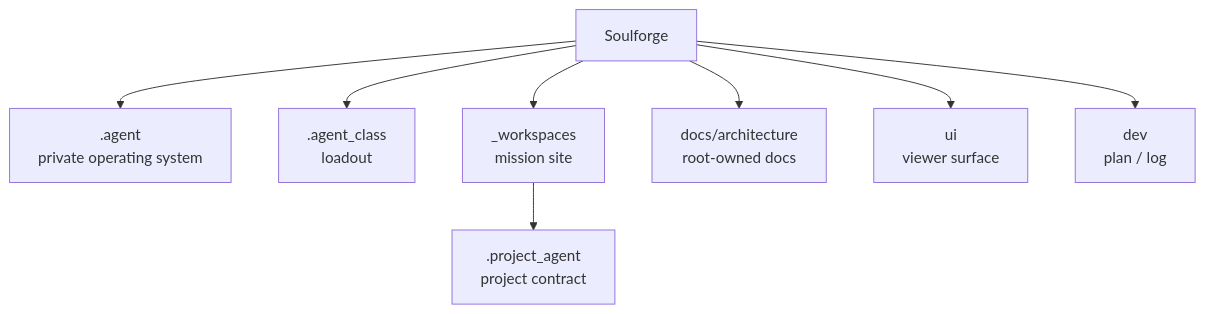
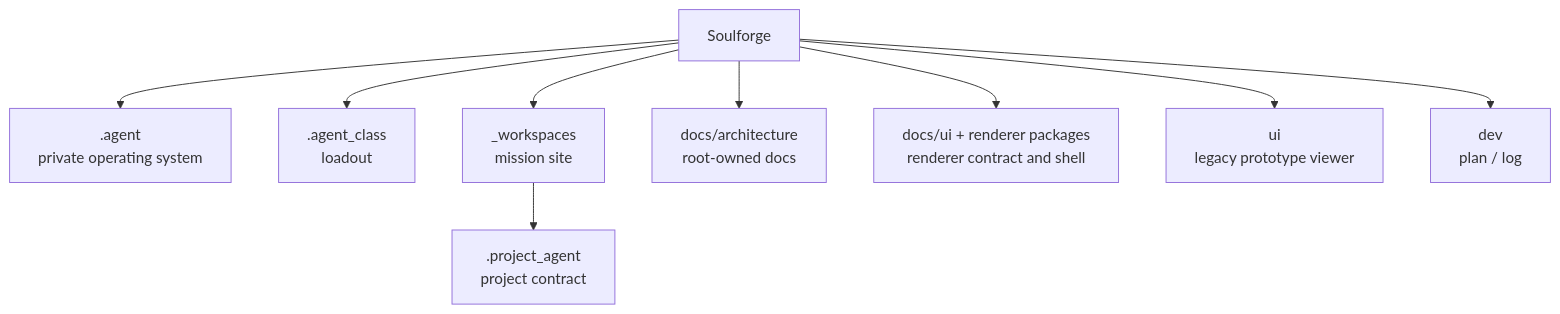
Before and after one commit to SungYongMOON/soulforge: the diagram in README.md, drawn with Mermaid. The commit also changed other lines of this file and 48 other files, not shown here.

````diff
--- a/README.md
+++ b/README.md
@@ -13,10 +13,11 @@
 ```mermaid
 flowchart TD
   S["Soulforge"] --> B[".agent<br/>private operating system"]
   S --> C[".agent_class<br/>loadout"]
   S --> W["_workspaces<br/>mission site"]
   S --> D["docs/architecture<br/>root-owned docs"]
-  S --> U["ui<br/>viewer surface"]
+  S --> U["docs/ui + renderer packages<br/>renderer contract and shell"]
+  S --> V2["ui<br/>legacy prototype viewer"]
   S --> V["dev<br/>plan / log"]
   W --> P[".project_agent<br/>project contract"]
 ```
````
